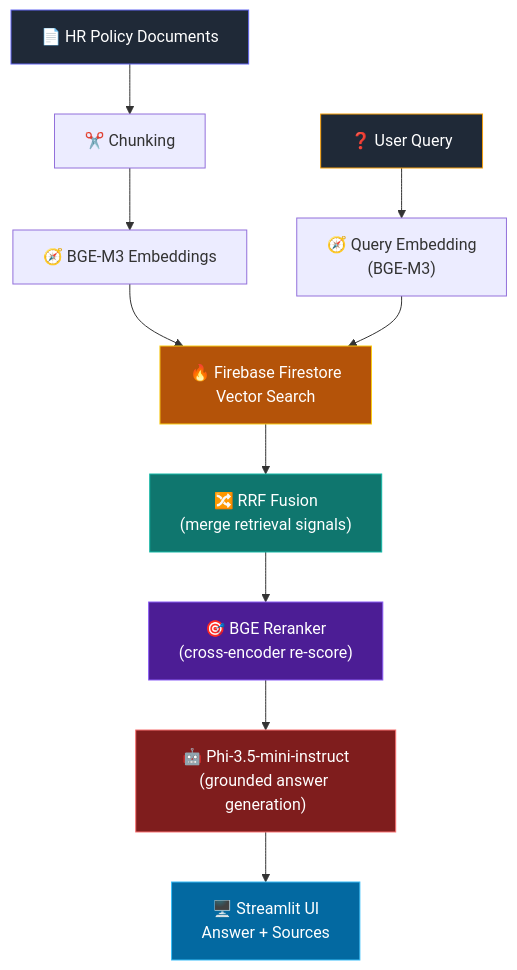
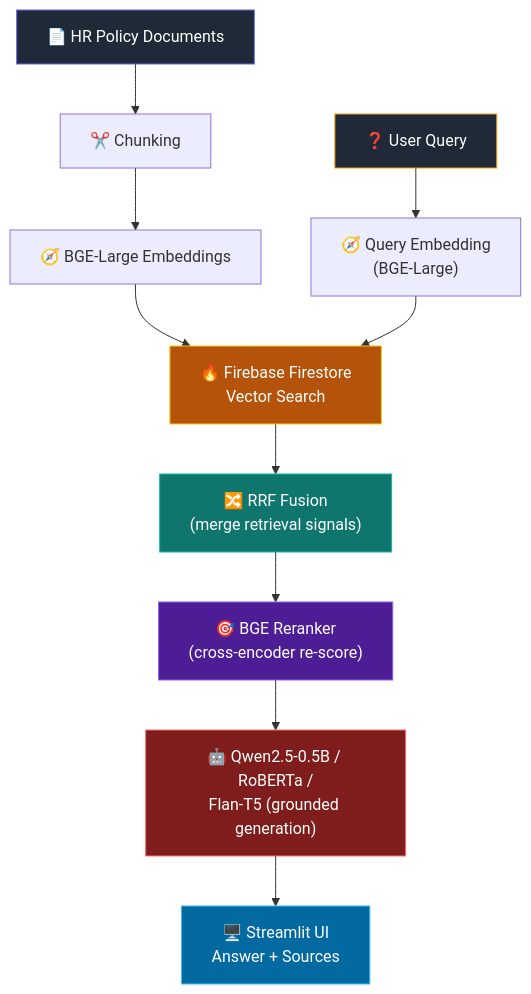
The diagram in README.md (RaghuramMotukuri/nova_hr_), drawn with Mermaid before and after one commit. The commit also changed other lines of this file and 25 other files, not shown here.

````diff
--- a/README.md
+++ b/README.md
@@ -49,22 +49,22 @@
 ```mermaid
 flowchart TD
     A["📄 HR Policy Documents"] --> B["✂️ Chunking"]
-    B --> C["🧭 BGE-M3 Embeddings"]
+    B --> C["🧭 BGE-Large Embeddings"]
     C --> D["🔥 Firebase Firestore<br/>Vector Search"]
 
-    Q["❓ User Query"] --> C2["🧭 Query Embedding<br/>(BGE-M3)"]
+    Q["❓ User Query"] --> C2["🧭 Query Embedding<br/>(BGE-Large)"]
     C2 --> D
 
     D --> R["🔀 RRF Fusion<br/>(merge retrieval signals)"]
     R --> RR["🎯 BGE Reranker<br/>(cross-encoder re-score)"]
-    RR --> L["🤖 Phi-3.5-mini-instruct<br/>(grounded answer generation)"]
+    RR --> L["🤖 Qwen2.5-0.5B / RoBERTa /<br/>Flan-T5 (grounded generation)"]
     L --> UI["🖥️ Streamlit UI<br/>Answer + Sources"]
 
     style A fill:#1f2937,stroke:#6366f1,color:#fff
     style Q fill:#1f2937,stroke:#f59e0b,color:#fff
     style D fill:#b45309,stroke:#facc15,color:#fff
     style R fill:#0f766e,stroke:#14b8a6,color:#fff
     style RR fill:#4c1d95,stroke:#8b5cf6,color:#fff
     style L fill:#7f1d1d,stroke:#f87171,color:#fff
     style UI fill:#0369a1,stroke:#38bdf8,color:#fff
 ```
````
